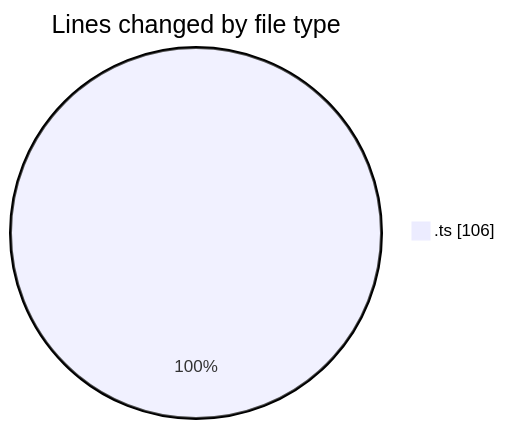
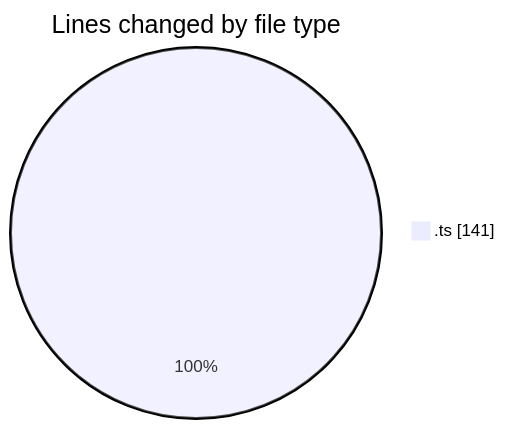
The first of 2 diagrams in 2025-06-24/cda/README.md (momahboobian/code-tracking), drawn with Mermaid before and after one commit. The commit also changed other lines of this file and 1 other file, not shown here.

````diff
--- a/2025-06-24/cda/README.md
+++ b/2025-06-24/cda/README.md
@@ -20,5 +20,5 @@
 ```mermaid
 pie showData
 title Lines changed by file type
-".ts" : 106
+".ts" : 141
 ```
````
